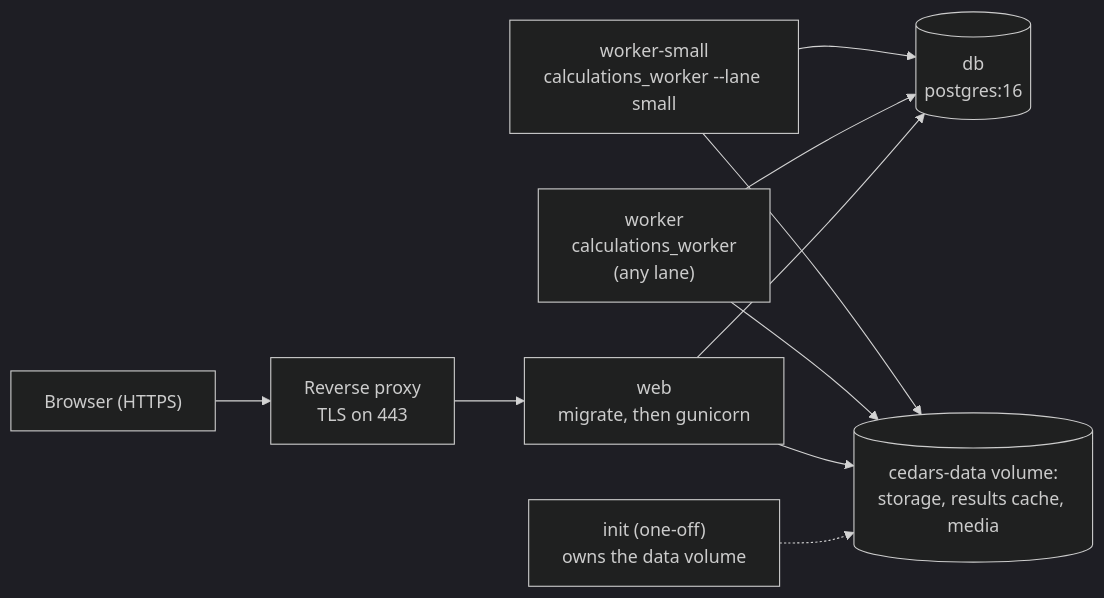
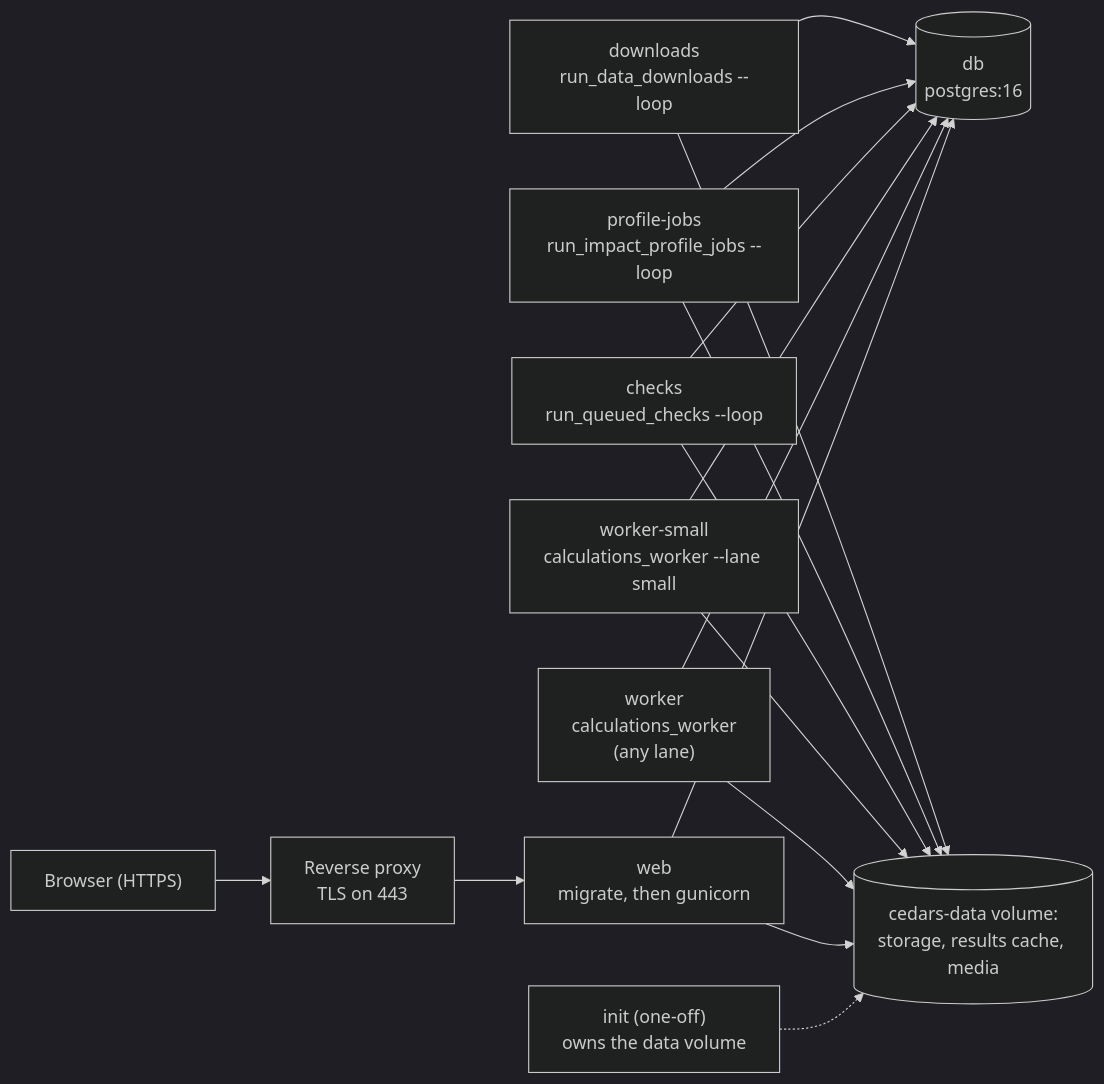
One commit to JRichardson-PGE/CEDARS-Platform changed the third of 39 diagrams in docs/ARCHITECTURE_AS_BUILT.md. Above: the diagram before and after it, drawn with Mermaid (dark theme). The commit also changed other lines of this file and 40 other files, not shown here.

````diff
--- a/docs/ARCHITECTURE_AS_BUILT.md
+++ b/docs/ARCHITECTURE_AS_BUILT.md
@@ -126,12 +128,18 @@
 ```mermaid
 flowchart LR
   user["Browser (HTTPS)"] --> proxy["Reverse proxy<br/>TLS on 443"]
   proxy --> web["web<br/>migrate, then gunicorn"]
   init["init (one-off)<br/>owns the data volume"] -.-> vol[("cedars-data volume:<br/>storage, results cache, media")]
   web --> db[("db<br/>postgres:16")]
   w1["worker<br/>calculations_worker<br/>(any lane)"] --> db
   w2["worker-small<br/>calculations_worker --lane small"] --> db
+  qc["checks<br/>run_queued_checks --loop"] --> db
+  pj["profile-jobs<br/>run_impact_profile_jobs --loop"] --> db
+  dl["downloads<br/>run_data_downloads --loop"] --> db
   web --> vol
   w1 --> vol
   w2 --> vol
+  qc --> vol
+  pj --> vol
+  dl --> vol
 ```
````
